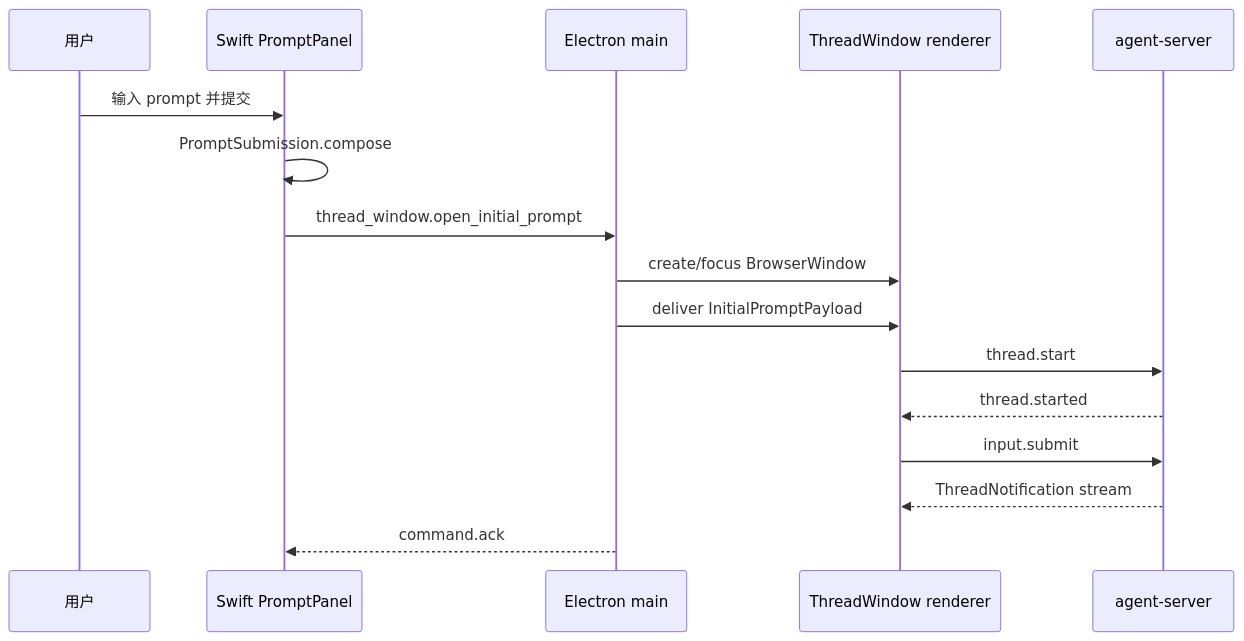
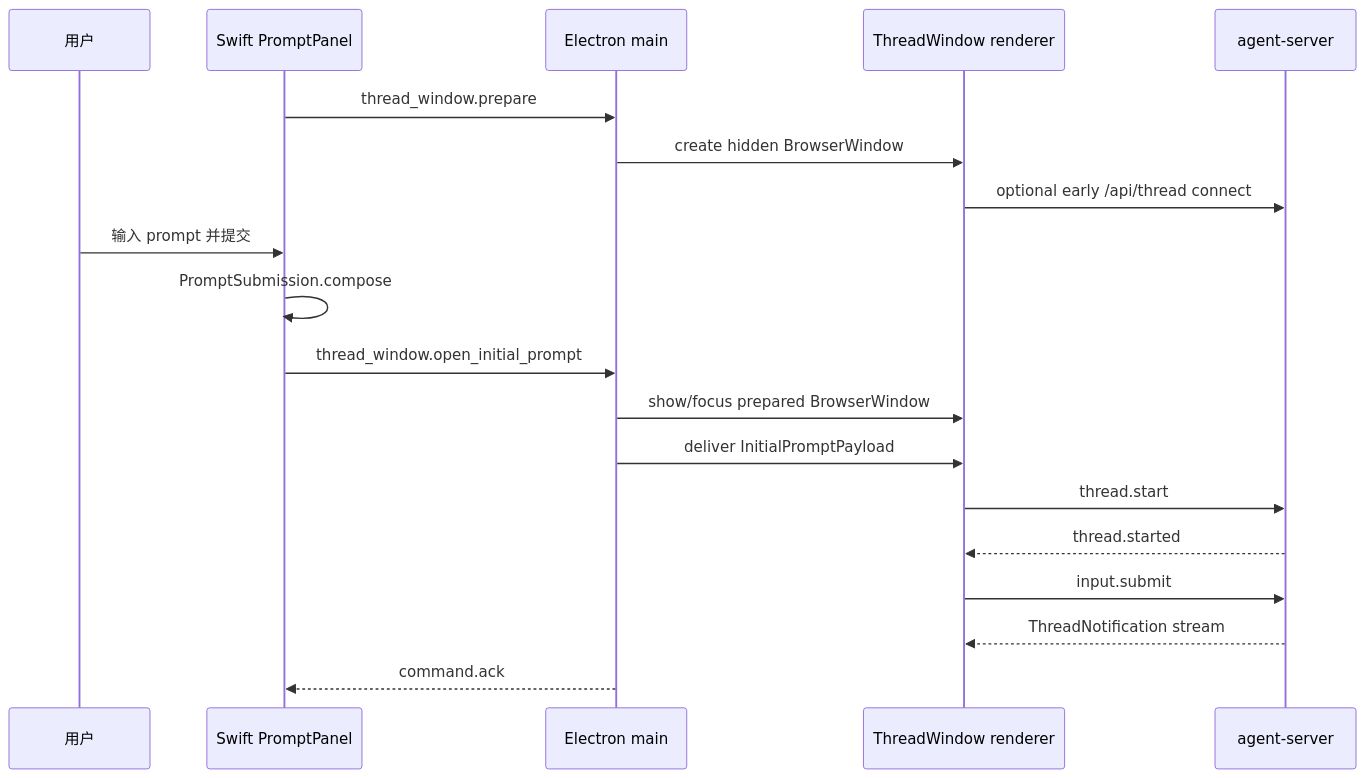
The second of 2 diagrams in docs/superpowers/specs/2026-06-08-electron-ui-shell-migration.md (Lixuhang987/SpotAgent), drawn with Mermaid before and after one commit. The commit also changed other lines of this file, not shown here.

Commit message:
docs: add electron hidden prewarm to migration spec

````diff
--- a/docs/superpowers/specs/2026-06-08-electron-ui-shell-migration.md
+++ b/docs/superpowers/specs/2026-06-08-electron-ui-shell-migration.md
@@ -279,19 +284,22 @@
 ```mermaid
 sequenceDiagram
   participant User as 用户
   participant Swift as Swift PromptPanel
   participant Electron as Electron main
   participant Thread as ThreadWindow renderer
   participant Server as agent-server
 
+  Swift->>Electron: thread_window.prepare
+  Electron->>Thread: create hidden BrowserWindow
+  Thread->>Server: optional early /api/thread connect
   User->>Swift: 输入 prompt 并提交
   Swift->>Swift: PromptSubmission.compose
   Swift->>Electron: thread_window.open_initial_prompt
-  Electron->>Thread: create/focus BrowserWindow
+  Electron->>Thread: show/focus prepared BrowserWindow
   Electron->>Thread: deliver InitialPromptPayload
   Thread->>Server: thread.start
   Server-->>Thread: thread.started
   Thread->>Server: input.submit
   Server-->>Thread: ThreadNotification stream
   Electron-->>Swift: command.ack
 ```
````
